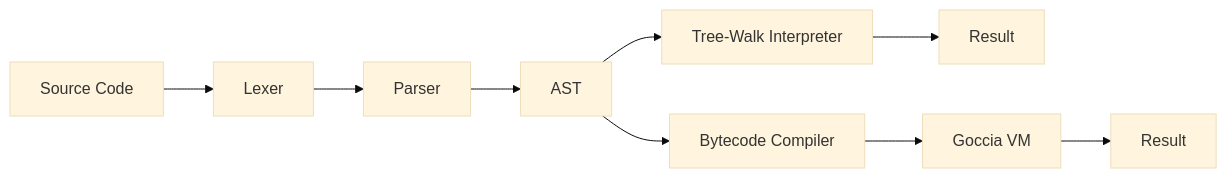
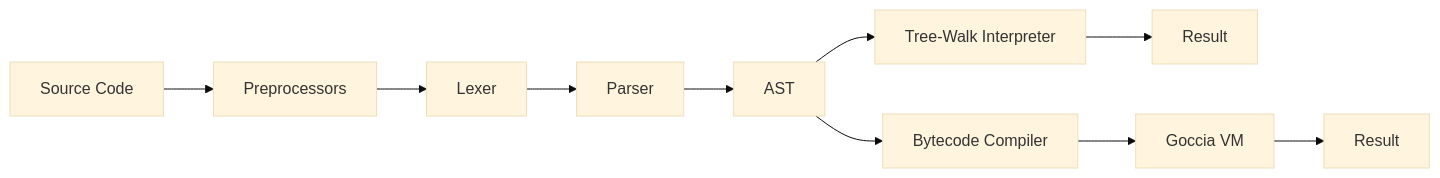
The diagram in README.md (frostney/GocciaScript), drawn with Mermaid (base theme) before and after one commit. The commit also changed other lines of this file and 92 other files, not shown here.

First line of the commit message:
Centralize source pipeline parser policy (#682)

````diff
--- a/README.md
+++ b/README.md
@@ -244,6 +246,6 @@
 ```mermaid
 flowchart LR
-    Source["Source Code"] --> Lexer --> Parser --> AST
+    Source["Source Code"] --> Preprocessors["Preprocessors"] --> Lexer --> Parser --> AST
     AST --> Interpreter["Tree-Walk Interpreter"] --> Result1["Result"]
     AST --> Compiler["Bytecode Compiler"] --> VM["Goccia VM"] --> Result2["Result"]
 ```
````
